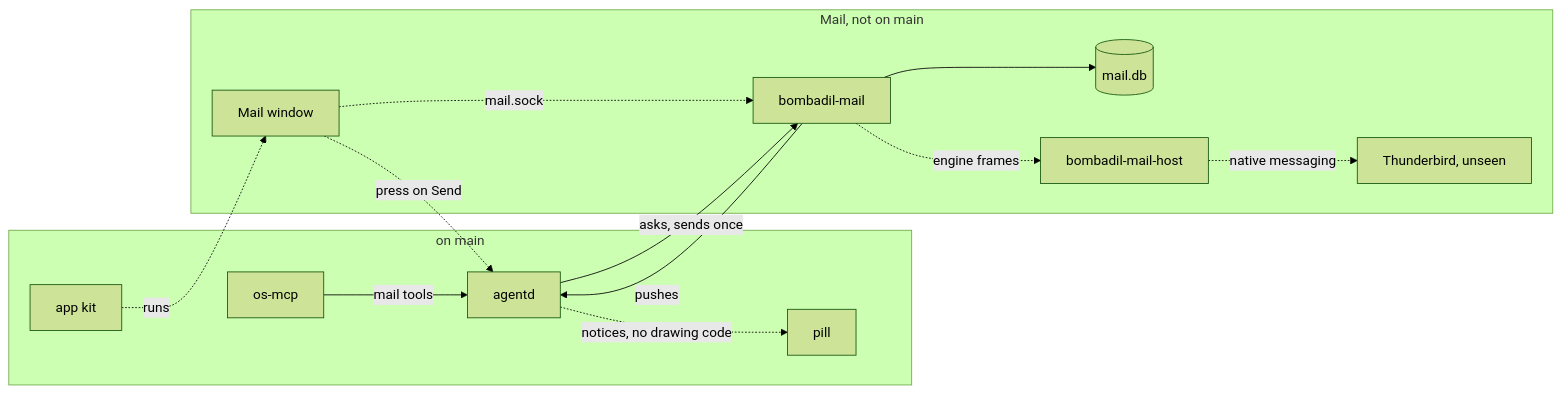
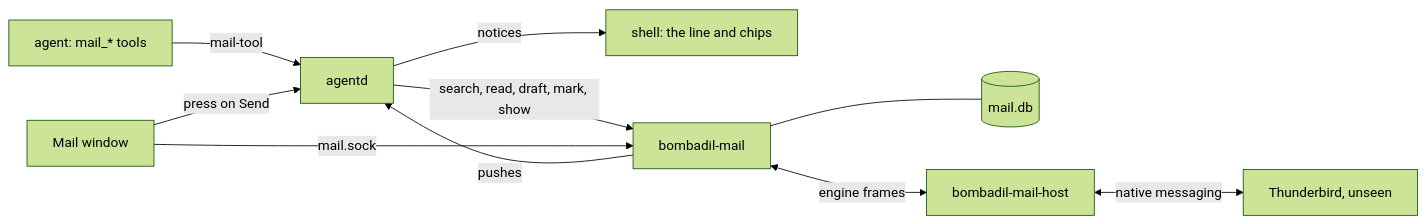
Before and after one commit to thedefaultman/Bombadil: the first of 2 diagrams in docs/architecture/mail.md, drawn with Mermaid (forest theme). The commit also changed other lines of this file and 18 other files, not shown here.

First line of the commit message:
docs: architecture page updates against current main (checks interrupted)

````diff
--- a/docs/architecture/mail.md
+++ b/docs/architecture/mail.md
@@ -25,26 +21,20 @@
 ```mermaid
 flowchart LR
-    subgraph onmain["on main"]
-        MCP["os-mcp"]
-        AGENTD["agentd"]
-        PILL["pill"]
-        KIT["app kit"]
-    end
-    subgraph mail["Mail, not on main"]
-        WINDOW["Mail window"]
-        SERVICE["bombadil-mail"]
-        DB[("mail.db")]
-        HOST["bombadil-mail-host"]
-        TB["Thunderbird, unseen"]
-    end
-    MCP -->|"mail tools"| AGENTD
-    AGENTD -->|"asks, sends once"| SERVICE
-    SERVICE -->|"pushes"| AGENTD
-    SERVICE --> DB
-    AGENTD -.->|"notices, no drawing code"| PILL
-    KIT -.->|"runs"| WINDOW
-    WINDOW -.->|"mail.sock"| SERVICE
-    WINDOW -.->|"press on Send"| AGENTD
-    SERVICE -.->|"engine frames"| HOST
-    HOST -.->|"native messaging"| TB
+    AI["agent: mail_* tools"]
+    AGENTD["agentd"]
+    PILL["shell: the line and chips"]
+    WIN["Mail window"]
+    SVC["bombadil-mail"]
+    DB[("mail.db")]
+    HOST["bombadil-mail-host"]
+    TB["Thunderbird, unseen"]
+    AI -->|"mail-tool"| AGENTD
+    AGENTD -->|"search, read, draft, mark, show"| SVC
+    SVC -->|"pushes"| AGENTD
+    AGENTD -->|"notices"| PILL
+    WIN -->|"mail.sock"| SVC
+    WIN -->|"press on Send"| AGENTD
+    SVC --- DB
+    SVC <-->|"engine frames"| HOST
+    HOST <-->|"native messaging"| TB
 ```
````
